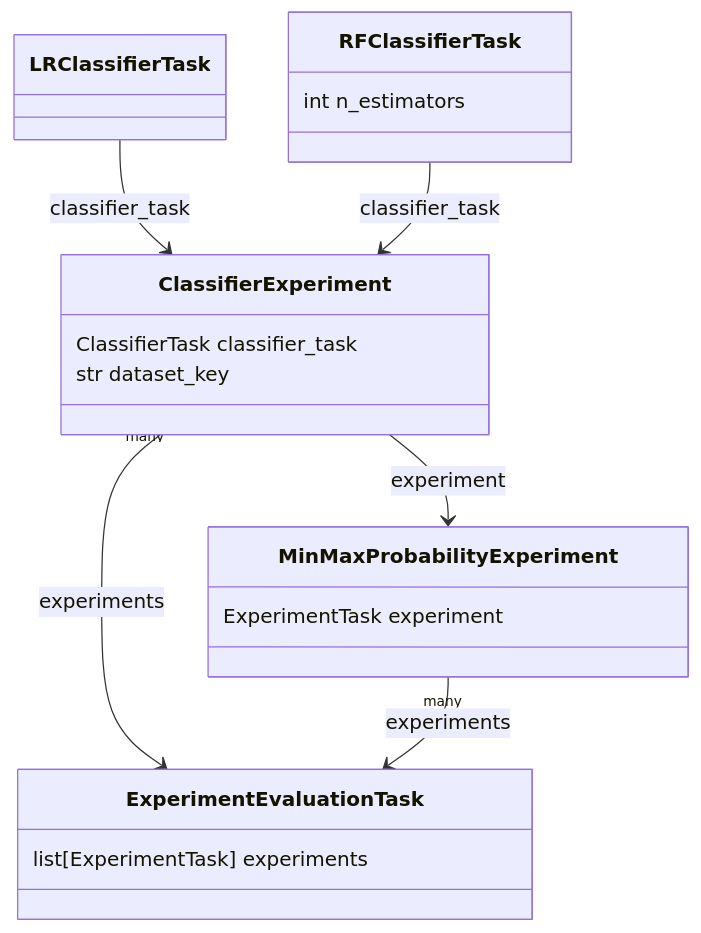
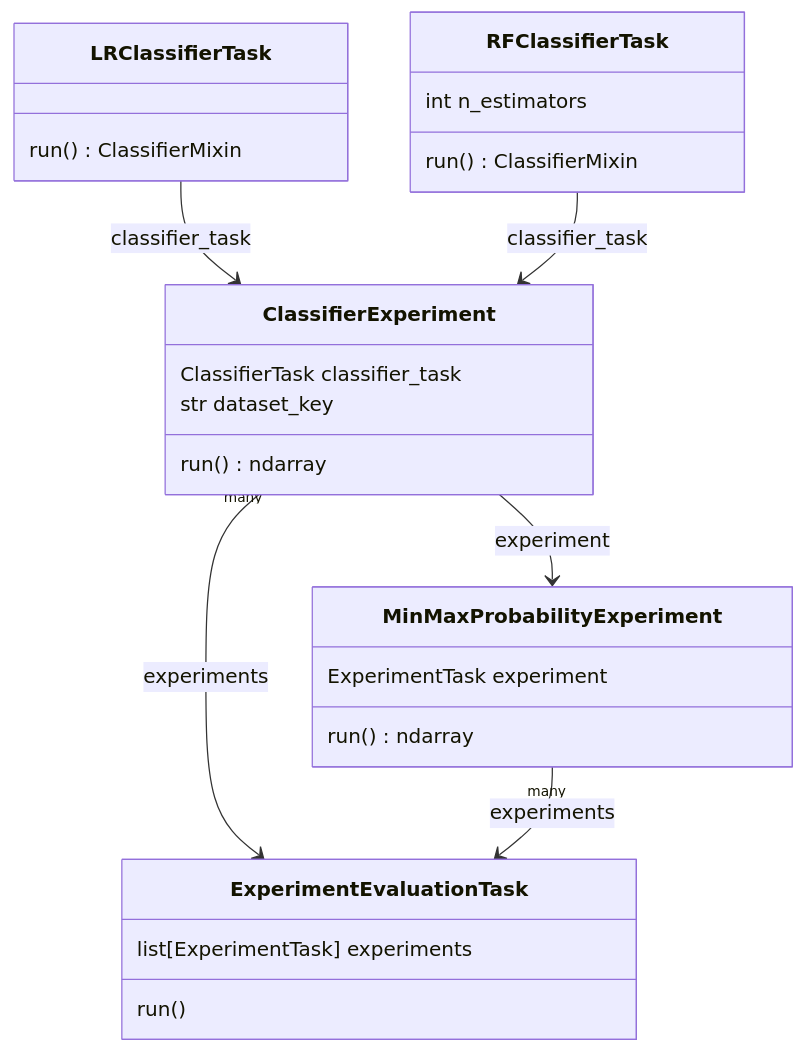
The diagram in docs/tutorial.md (ben-denham/labtech), drawn with Mermaid before and after one commit. The commit also changed 3 other files, not shown here.

Commit message:
Add run method with return type to diagrams.

````diff
--- a/docs/tutorial.md
+++ b/docs/tutorial.md
@@ -695,28 +695,33 @@
 ```mermaid
 classDiagram
     direction BT
 
     class ExperimentEvaluationTask
     ExperimentEvaluationTask : list[ExperimentTask] experiments
+    ExperimentEvaluationTask : run()
 
     class ClassifierExperiment
     ClassifierExperiment : ClassifierTask classifier_task
     ClassifierExperiment : str dataset_key
+    ClassifierExperiment : run() ndarray
 
     class MinMaxProbabilityExperiment
     MinMaxProbabilityExperiment : ExperimentTask experiment
+    MinMaxProbabilityExperiment : run() ndarray
 
     class LRClassifierTask
+    LRClassifierTask : run() ClassifierMixin
 
     class RFClassifierTask
     RFClassifierTask : int n_estimators
+    RFClassifierTask : run() ClassifierMixin
 
 
     ExperimentEvaluationTask <-- "many" ClassifierExperiment: experiments
     ExperimentEvaluationTask <-- "many" MinMaxProbabilityExperiment: experiments
 
     ClassifierExperiment <-- LRClassifierTask: classifier_task
     ClassifierExperiment <-- RFClassifierTask: classifier_task
 
     MinMaxProbabilityExperiment <-- ClassifierExperiment: experiment
 ```
````
